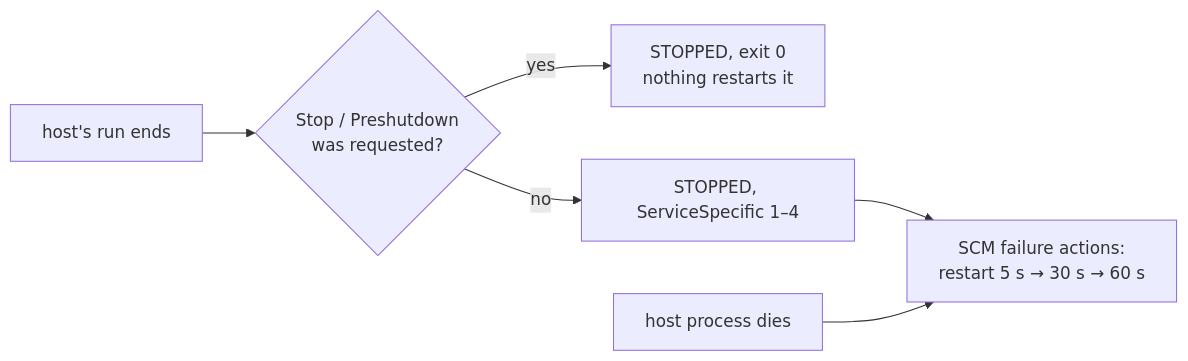
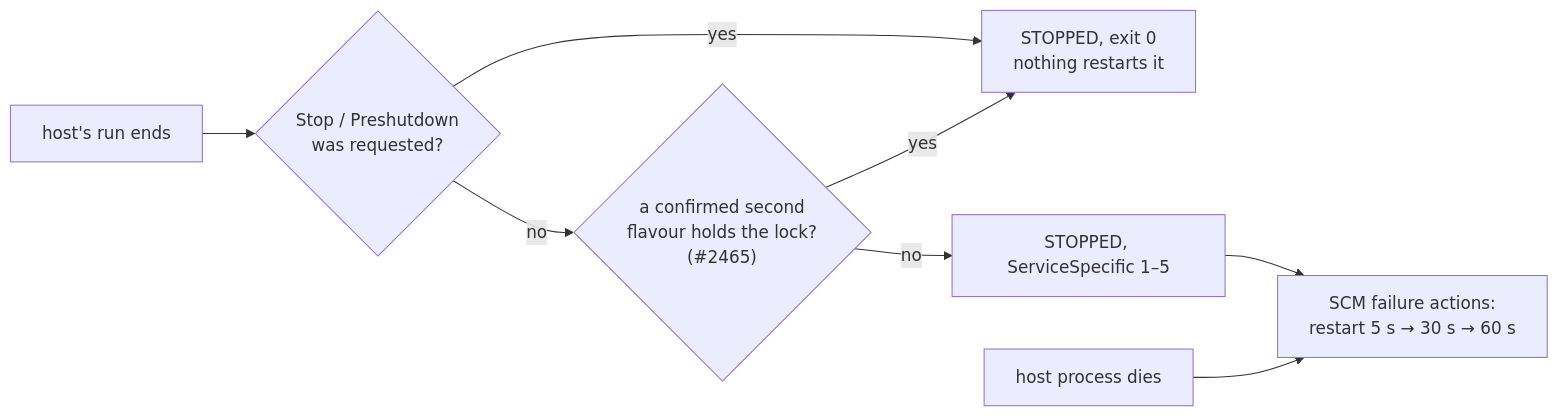
Diagram 21 of 22 in docs/remote-control.md (gjovanov/roomler-ai), drawn with Mermaid before and after one commit. The commit also changed other lines of this file and 12 other files, not shown here.

````diff
--- a/docs/remote-control.md
+++ b/docs/remote-control.md
@@ -3182,8 +3182,10 @@
 ```mermaid
 flowchart LR
     End["host's run ends"] --> Asked{"Stop / Preshutdown<br/>was requested?"}
     Asked -- yes --> Zero["STOPPED, exit 0<br/>nothing restarts it"]
-    Asked -- no --> NonZero["STOPPED, ServiceSpecific 1–4"]
+    Asked -- no --> Second{"a confirmed second<br/>flavour holds the lock?<br/>(#2465)"}
+    Second -- yes --> Zero
+    Second -- no --> NonZero["STOPPED, ServiceSpecific 1–5"]
     NonZero --> SCM["SCM failure actions:<br/>restart 5 s → 30 s → 60 s"]
     Crash["host process dies"] --> SCM
 ```
````
